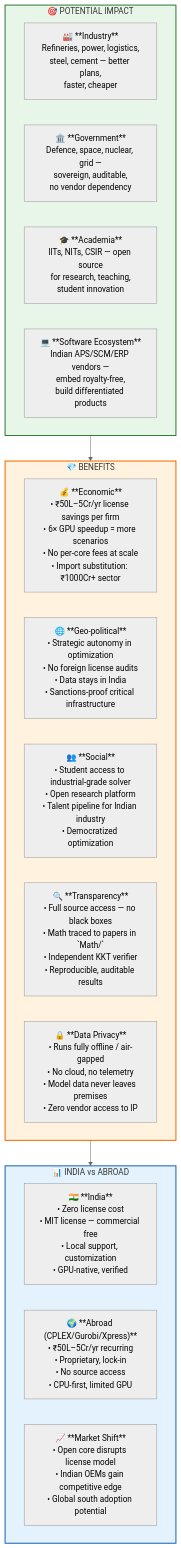
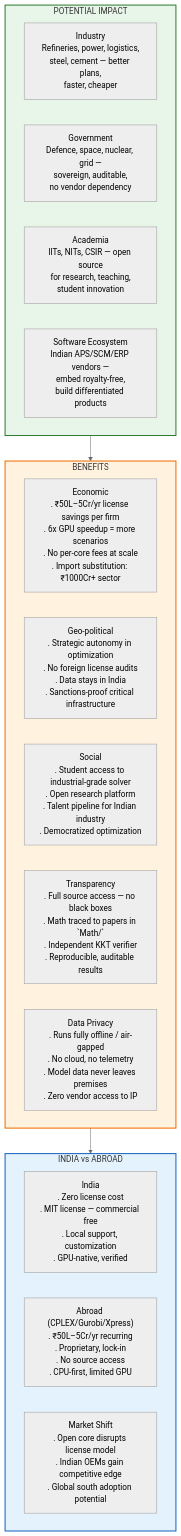
Before and after one commit to TANESHDEVHARE/Team-Suprema: the ninth of 10 diagrams in README.md, drawn with Mermaid (neutral theme). The commit also changed other lines of this file, not shown here.

````diff
--- a/README.md
+++ b/README.md
@@ -933,30 +933,30 @@
 ```mermaid
 flowchart TB
-    subgraph IMPACT["🎯 POTENTIAL IMPACT"]
-        I1["🏭 **Industry**\nRefineries, power, logistics,\nsteel, cement — better plans,\nfaster, cheaper"]
-        I2["🏛️ **Government**\nDefence, space, nuclear, grid —\nsovereign, auditable,\nno vendor dependency"]
-        I3["🎓 **Academia**\nIITs, NITs, CSIR — open source\nfor research, teaching,\nstudent innovation"]
-        I4["💻 **Software Ecosystem**\nIndian APS/SCM/ERP vendors —\nembed royalty-free,\nbuild differentiated products"]
+    subgraph IMPACT["POTENTIAL IMPACT"]
+        I1["Industry\nRefineries, power, logistics,\nsteel, cement — better plans,\nfaster, cheaper"]
+        I2["Government\nDefence, space, nuclear, grid —\nsovereign, auditable,\nno vendor dependency"]
+        I3["Academia\nIITs, NITs, CSIR — open source\nfor research, teaching,\nstudent innovation"]
+        I4["Software Ecosystem\nIndian APS/SCM/ERP vendors —\nembed royalty-free,\nbuild differentiated products"]
     end
     
-    subgraph BENEFITS["💎 BENEFITS"]
-        B1["💰 **Economic**\n• ₹50L–5Cr/yr license savings per firm\n• 6× GPU speedup = more scenarios\n• No per-core fees at scale\n• Import substitution: ₹1000Cr+ sector"]
-        B2["🌐 **Geo-political**\n• Strategic autonomy in optimization\n• No foreign license audits\n• Data stays in India\n• Sanctions-proof critical infrastructure"]
-        B3["👥 **Social**\n• Student access to industrial-grade solver\n• Open research platform\n• Talent pipeline for Indian industry\n• Democratized optimization"]
-        B4["🔍 **Transparency**\n• Full source access — no black boxes\n• Math traced to papers in `Math/`\n• Independent KKT verifier\n• Reproducible, auditable results"]
-        B5["🔒 **Data Privacy**\n• Runs fully offline / air-gapped\n• No cloud, no telemetry\n• Model data never leaves premises\n• Zero vendor access to IP"]
+    subgraph BENEFITS["BENEFITS"]
+        B1["Economic\n. ₹50L–5Cr/yr license savings per firm\n. 6x GPU speedup = more scenarios\n. No per-core fees at scale\n. Import substitution: ₹1000Cr+ sector"]
+        B2["Geo-political\n. Strategic autonomy in optimization\n. No foreign license audits\n. Data stays in India\n. Sanctions-proof critical infrastructure"]
+        B3["Social\n. Student access to industrial-grade solver\n. Open research platform\n. Talent pipeline for Indian industry\n. Democratized optimization"]
+        B4["Transparency\n. Full source access — no black boxes\n. Math traced to papers in `Math/`\n. Independent KKT verifier\n. Reproducible, auditable results"]
+        B5["Data Privacy\n. Runs fully offline / air-gapped\n. No cloud, no telemetry\n. Model data never leaves premises\n. Zero vendor access to IP"]
     end
     
-    subgraph MARKET["📊 INDIA vs ABROAD"]
-        M1["🇮🇳 **India**\n• Zero license cost\n• MIT license — commercial free\n• Local support, customization\n• GPU-native, verified"]
-        M2["🌍 **Abroad (CPLEX/Gurobi/Xpress)**\n• ₹50L–5Cr/yr recurring\n• Proprietary, lock-in\n• No source access\n• CPU-first, limited GPU"]
-        M3["📈 **Market Shift**\n• Open core disrupts license model\n• Indian OEMs gain competitive edge\n• Global south adoption potential"]
+    subgraph MARKET["INDIA vs ABROAD"]
+        M1["India\n. Zero license cost\n. MIT license — commercial free\n. Local support, customization\n. GPU-native, verified"]
+        M2["Abroad (CPLEX/Gurobi/Xpress)\n. ₹50L–5Cr/yr recurring\n. Proprietary, lock-in\n. No source access\n. CPU-first, limited GPU"]
+        M3["Market Shift\n. Open core disrupts license model\n. Indian OEMs gain competitive edge\n. Global south adoption potential"]
     end
     
     IMPACT --> BENEFITS
     BENEFITS --> MARKET
     
     style IMPACT fill:#e8f5e9,stroke:#2e7d32,stroke-width:2px
     style BENEFITS fill:#fff3e0,stroke:#ef6c00,stroke-width:2px
     style MARKET fill:#e3f2fd,stroke:#1565c0,stroke-width:2px
 ```
````
